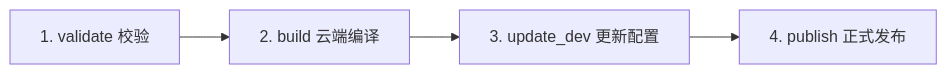
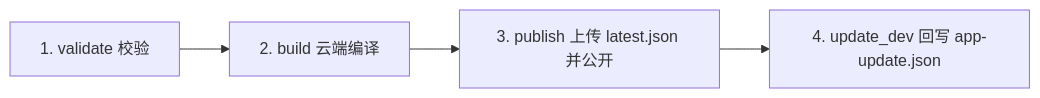
One commit to qiu-yuxiao/clash-mini changed the diagram in clash_mini_agreements.md. Above: the diagram before and after it, drawn with Mermaid. The commit also changed other lines of this file and 15 other files, not shown here.

````diff
--- a/clash_mini_agreements.md
+++ b/clash_mini_agreements.md
@@ -443,6 +443,6 @@
 ```mermaid
 flowchart LR
   V[1. validate 校验] --> B[2. build 云端编译]
-  B --> U[3. update_dev 更新配置]
-  U --> P[4. publish 正式发布]
+  B --> P[3. publish 上传 latest.json 并公开]
+  P --> U[4. update_dev 回写 app-update.json]
 ```
````
